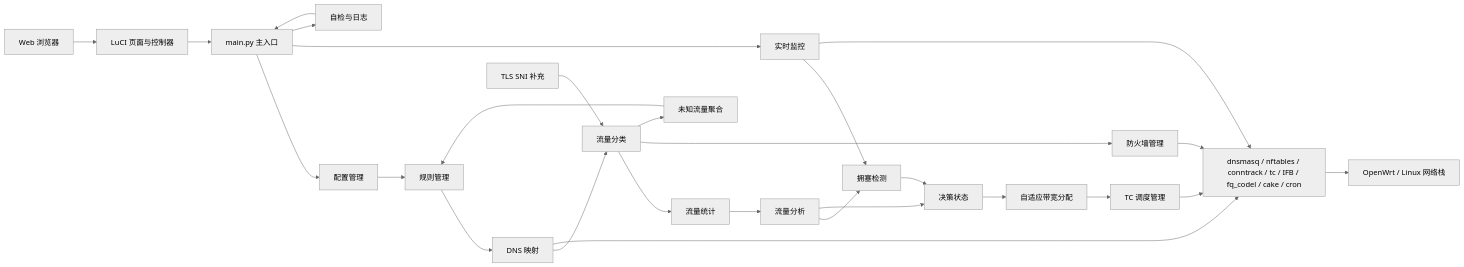
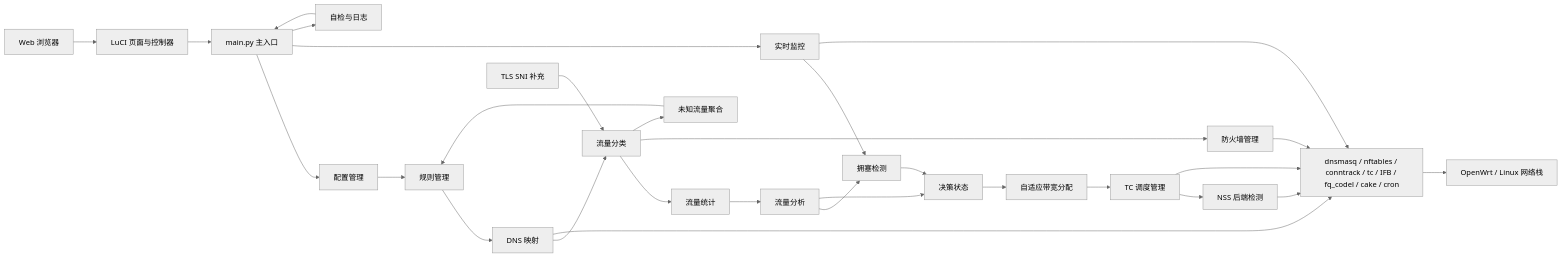
One commit to Natduki/luci-app-sqm-controller changed the diagram in README.md. Above: the diagram before and after it, drawn with Mermaid (neutral theme). The commit also changed other lines of this file and 13 other files, not shown here.

````diff
--- a/README.md
+++ b/README.md
@@ -58,58 +66,61 @@
 ```mermaid
 flowchart LR
     accTitle: SQM Controller 4.0 Architecture
     accDescr: LuCI 前端、Python 后端、流量分类、策略判断和 tc 队列控制之间的关系。
 
     browser["Web 浏览器"]
     luci["LuCI 页面与控制器"]
     main["main.py 主入口"]
 
     config["配置管理"]
     rules["规则管理"]
     dns["DNS 映射"]
     tls["TLS SNI 补充"]
     classifier["流量分类"]
     stats["流量统计"]
     analyzer["流量分析"]
     unknown["未知流量聚合"]
     congestion["拥塞检测"]
     decision["决策状态"]
     allocator["自适应带宽分配"]
     firewall["防火墙管理"]
     tc["TC 调度管理"]
+    nss["NSS 后端检测"]
     monitor["实时监控"]
     logs["自检与日志"]
 
     openwrt["OpenWrt / Linux 网络栈"]
     kernel["dnsmasq / nftables / conntrack / tc / IFB / fq_codel / cake / cron"]
 
     browser --> luci
     luci --> main
     main --> config
     main --> monitor
     main --> logs
 
     config --> rules
     rules --> dns
     dns --> classifier
     tls --> classifier
     classifier --> stats
     stats --> analyzer
     analyzer --> congestion
     analyzer --> decision
     congestion --> decision
     decision --> allocator
     allocator --> tc
+    tc --> nss
     classifier --> firewall
     classifier --> unknown
     unknown --> rules
 
     monitor --> congestion
     logs --> main
 
     firewall --> kernel
     tc --> kernel
+    nss --> kernel
     dns --> kernel
     monitor --> kernel
     kernel --> openwrt
 ```
````
